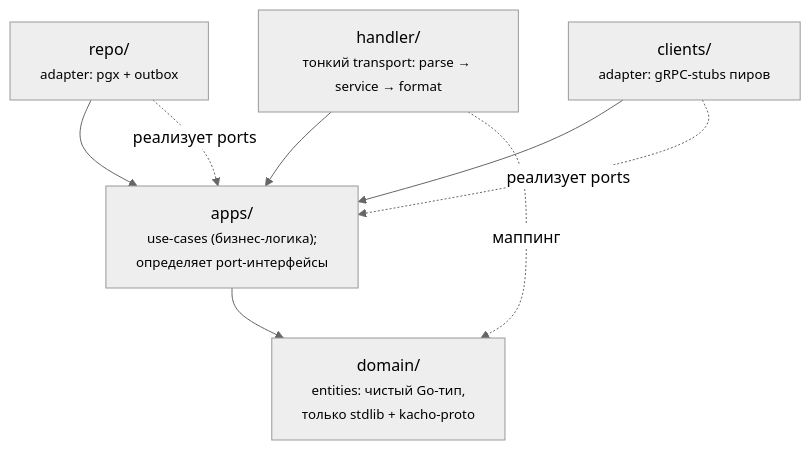
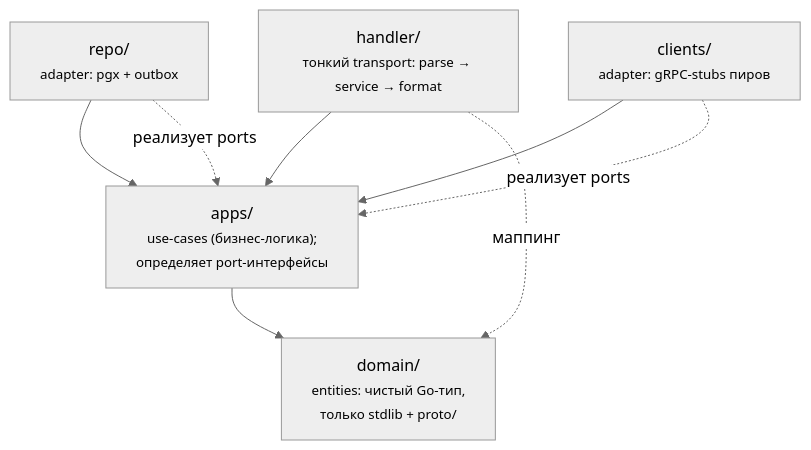
The first of 3 diagrams in services/vpc/docs/content/architecture/overview.mdx (PRO-Robotech/kacho), drawn with Mermaid (neutral theme) before and after one commit. The commit also changed other lines of this file and 62 other files, not shown here.

````diff
--- a/services/vpc/docs/content/architecture/overview.mdx
+++ b/services/vpc/docs/content/architecture/overview.mdx
@@ -30,16 +30,16 @@
 ```mermaid
 flowchart TD
   handler["handler/<br/><small>тонкий transport: parse → service → format</small>"]
   service["apps/<br/><small>use-cases (бизнес-логика);<br/>определяет port-интерфейсы</small>"]
-  domain["domain/<br/><small>entities: чистый Go-тип,<br/>только stdlib + kacho-proto</small>"]
+  domain["domain/<br/><small>entities: чистый Go-тип,<br/>только stdlib + proto/</small>"]
   repo["repo/<br/><small>adapter: pgx + outbox</small>"]
   clients["clients/<br/><small>adapter: gRPC-stubs пиров</small>"]
 
   handler --> service
   repo --> service
   clients --> service
   service --> domain
   handler -. маппинг .-> domain
   repo -. реализует ports .-> service
   clients -. реализует ports .-> service
 ```
````
